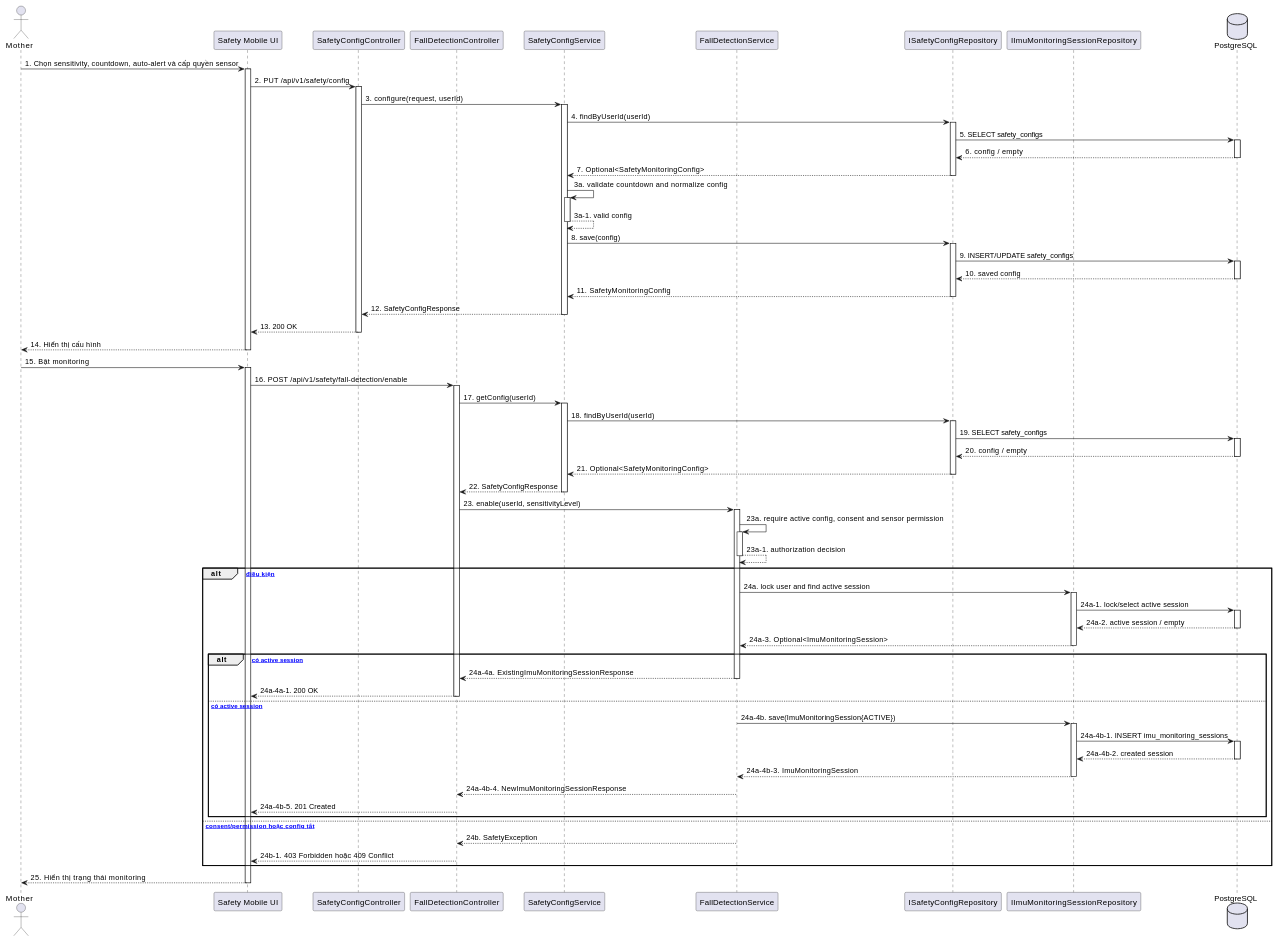
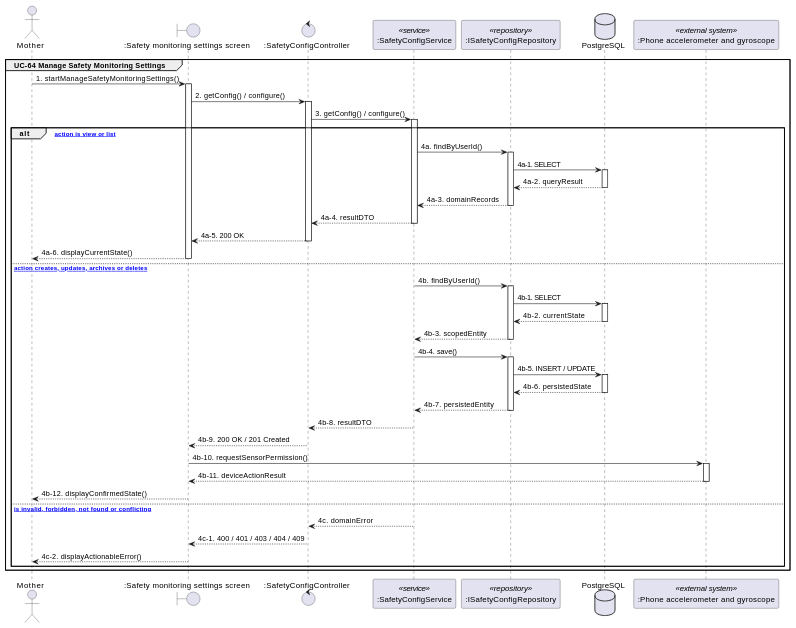
One commit to ChuongBDHE172784/CareBridge_SEP490_G79 changed the second of 2 diagrams in docs/Detailed_Design/MF10_Smart_Activity_Monitoring_Safety_Support/01_Monitoring_Configuration_Enable_Disable.md. Above: the diagram before and after it, drawn with PlantUML. The commit also changed other lines of this file and 111 other files, not shown here.

````diff
--- a/docs/Detailed_Design/MF10_Smart_Activity_Monitoring_Safety_Support/01_Monitoring_Configuration_Enable_Disable.md
+++ b/docs/Detailed_Design/MF10_Smart_Activity_Monitoring_Safety_Support/01_Monitoring_Configuration_Enable_Disable.md
@@ -45,105 +70,73 @@
 ```plantuml
-@startuml MF10_01_MonitoringConfig_SequenceDiagram
-actor "Mother" as M
-participant "Safety Mobile UI" as UI
-participant "SafetyConfigController" as ConfigController
-participant "FallDetectionController" as FallController
-participant "SafetyConfigService" as ConfigService
-participant "FallDetectionService" as FallService
-participant "ISafetyConfigRepository" as ConfigRepo
-participant "IImuMonitoringSessionRepository" as SessionRepo
+@startuml MF10_01_SafetyMonitoringConfigurationandSessionControl_SequenceDiagram
+skinparam shadowing false
+
+actor "Mother" as Actor
+boundary ":Safety monitoring settings screen" as UI1
+control ":SafetyConfigController" as Controller1
+participant ":SafetyConfigService" as Service1 <<service>>
+participant ":ISafetyConfigRepository" as Repository1 <<repository>>
 database "PostgreSQL" as DB
+participant ":Phone accelerometer and gyroscope" as External1 <<external system>>
 
-M -> UI : 1. Chọn sensitivity, countdown, auto-alert và cấp quyền sensor
-activate UI
-UI -> ConfigController : 2. PUT /api/v1/safety/config
-activate ConfigController
-ConfigController -> ConfigService : 3. configure(request, userId)
-activate ConfigService
-ConfigService -> ConfigRepo : 4. findByUserId(userId)
-activate ConfigRepo
-ConfigRepo -> DB : 5. SELECT safety_configs
-activate DB
-DB --> ConfigRepo : 6. config / empty
-deactivate DB
-ConfigRepo --> ConfigService : 7. Optional<SafetyMonitoringConfig>
-deactivate ConfigRepo
-ConfigService -> ConfigService : 3a. validate countdown and normalize config
-activate ConfigService
-ConfigService --> ConfigService : 3a-1. valid config
-deactivate ConfigService
-ConfigService -> ConfigRepo : 8. save(config)
-activate ConfigRepo
-ConfigRepo -> DB : 9. INSERT/UPDATE safety_configs
-activate DB
-DB --> ConfigRepo : 10. saved config
-deactivate DB
-ConfigRepo --> ConfigService : 11. SafetyMonitoringConfig
-deactivate ConfigRepo
-ConfigService --> ConfigController : 12. SafetyConfigResponse
-deactivate ConfigService
-ConfigController --> UI : 13. 200 OK
-deactivate ConfigController
-UI --> M : 14. Hiển thị cấu hình
-deactivate UI
+group UC-64 Manage Safety Monitoring Settings
+  Actor -> UI1 : 1. startManageSafetyMonitoringSettings()
+  activate UI1
+  UI1 -> Controller1 : 2. getConfig() / configure()
+  activate Controller1
+  Controller1 -> Service1 : 3. getConfig() / configure()
+  activate Service1
+  alt [selected action is view or list]
+    Service1 -> Repository1 : 4a. findByUserId()
+    activate Repository1
+    Repository1 -> DB : 4a-1. SELECT
+    activate DB
+    DB --> Repository1 : 4a-2. queryResult
+    deactivate DB
+    Repository1 --> Service1 : 4a-3. domainRecords
+    deactivate Repository1
+    Service1 --> Controller1 : 4a-4. resultDTO
+    deactivate Service1
+    Controller1 --> UI1 : 4a-5. 200 OK
+    deactivate Controller1
+    UI1 --> Actor : 4a-6. displayCurrentState()
+    deactivate UI1
+  else [selected action creates, updates, archives or deletes]
+    Service1 -> Repository1 : 4b. findByUserId()
+    activate Repository1
+    Repository1 -> DB : 4b-1. SELECT
+    activate DB
+    DB --> Repository1 : 4b-2. currentState
+    deactivate DB
+    Repository1 --> Service1 : 4b-3. scopedEntity
+    deactivate Repository1
+    Service1 -> Repository1 : 4b-4. save()
+    activate Repository1
+    Repository1 -> DB : 4b-5. INSERT / UPDATE
+    activate DB
+    DB --> Repository1 : 4b-6. persistedState
+    deactivate DB
+    Repository1 --> Service1 : 4b-7. persistedEntity
+    deactivate Repository1
+    Service1 --> Controller1 : 4b-8. resultDTO
+    deactivate Service1
+    Controller1 --> UI1 : 4b-9. 200 OK / 201 Created
+    deactivate Controller1
+    UI1 -> External1 : 4b-10. requestSensorPermission()
+    activate External1
+    External1 --> UI1 : 4b-11. deviceActionResult
+    deactivate External1
+    UI1 --> Actor : 4b-12. displayConfirmedState()
+    deactivate UI1
+  else [request is invalid, forbidden, not found or conflicting]
+    Service1 --> Controller1 : 4c. domainError
+    deactivate Service1
+    Controller1 --> UI1 : 4c-1. 400 / 401 / 403 / 404 / 409
+    deactivate Controller1
+    UI1 --> Actor : 4c-2. displayActionableError()
+    deactivate UI1
+  end
+end
 
-M -> UI : 15. Bật monitoring
-activate UI
-UI -> FallController : 16. POST /api/v1/safety/fall-detection/enable
-activate FallController
-FallController -> ConfigService : 17. getConfig(userId)
-activate ConfigService
-ConfigService -> ConfigRepo : 18. findByUserId(userId)
-activate ConfigRepo
-ConfigRepo -> DB : 19. SELECT safety_configs
-activate DB
-DB --> ConfigRepo : 20. config / empty
-deactivate DB
-ConfigRepo --> ConfigService : 21. Optional<SafetyMonitoringConfig>
-deactivate ConfigRepo
-ConfigService --> FallController : 22. SafetyConfigResponse
-deactivate ConfigService
-FallController -> FallService : 23. enable(userId, sensitivityLevel)
-activate FallService
-FallService -> FallService : 23a. require active config, consent and sensor permission
-activate FallService
-FallService --> FallService : 23a-1. authorization decision
-deactivate FallService
-alt [đủ điều kiện]
-  FallService -> SessionRepo : 24a. lock user and find active session
-  activate SessionRepo
-  SessionRepo -> DB : 24a-1. lock/select active session
-  activate DB
-  DB --> SessionRepo : 24a-2. active session / empty
-  deactivate DB
-  SessionRepo --> FallService : 24a-3. Optional<ImuMonitoringSession>
-  deactivate SessionRepo
-  alt [đã có active session]
-    FallService --> FallController : 24a-4a. ExistingImuMonitoringSessionResponse
-    deactivate FallService
-    FallController --> UI : 24a-4a-1. 200 OK
-    deactivate FallController
-  else [chưa có active session]
-    FallService -> SessionRepo : 24a-4b. save(ImuMonitoringSession{ACTIVE})
-    activate SessionRepo
-    SessionRepo -> DB : 24a-4b-1. INSERT imu_monitoring_sessions
-    activate DB
-    DB --> SessionRepo : 24a-4b-2. created session
-    deactivate DB
-    SessionRepo --> FallService : 24a-4b-3. ImuMonitoringSession
-    deactivate SessionRepo
-    FallService --> FallController : 24a-4b-4. NewImuMonitoringSessionResponse
-    deactivate FallService
-    FallController --> UI : 24a-4b-5. 201 Created
-    deactivate FallController
-  end
-else [thiếu consent/permission hoặc config tắt]
-  FallService --> FallController : 24b. SafetyException
-  deactivate FallService
-  FallController --> UI : 24b-1. 403 Forbidden hoặc 409 Conflict
-  deactivate FallController
-end
-UI --> M : 25. Hiển thị trạng thái monitoring
-deactivate UI
 @enduml
 ```
````
